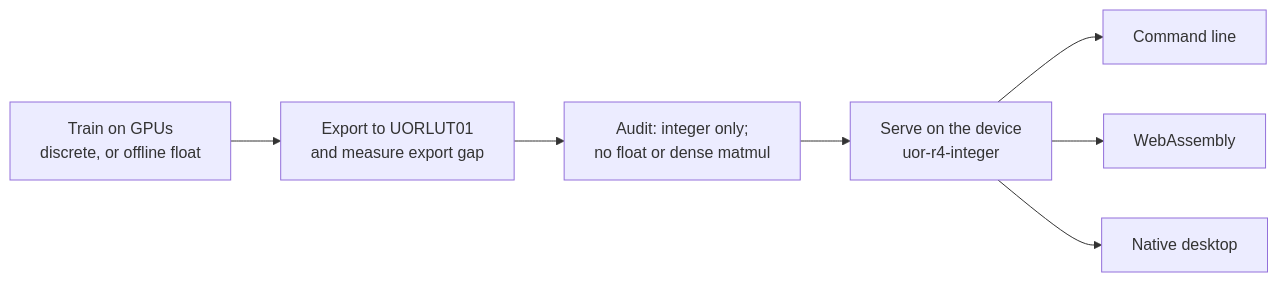
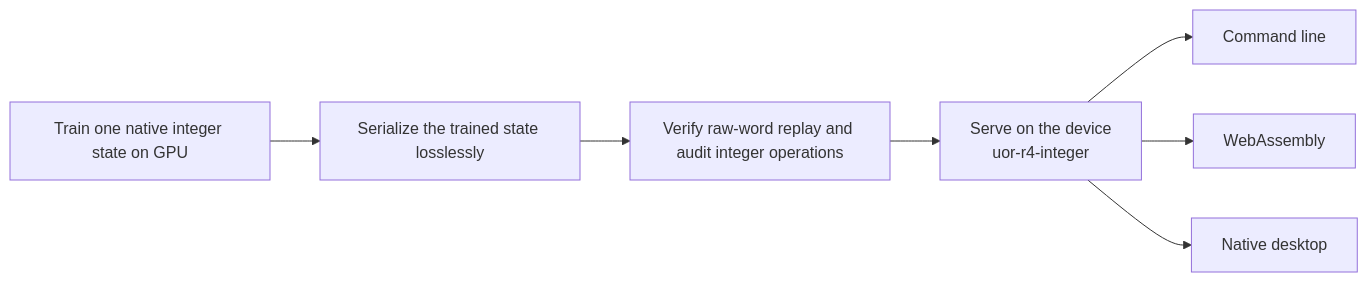
One commit to Casey-allard/uor-r4 changed the diagram in docs/products/language-model.md. Above: the diagram before and after it, drawn with Mermaid. The commit also changed other lines of this file and 78 other files, not shown here.

First line of the commit message:
[codex] Refresh the open research guide, book and roadmap tracker (#4060)

````diff
--- a/docs/products/language-model.md
+++ b/docs/products/language-model.md
@@ -14,9 +14,9 @@
 ```mermaid
 flowchart LR
-  T["Train on GPUs<br/>discrete, or offline float"] --> X["Export to UORLUT01<br/>and measure export gap"]
-  X --> A["Audit: integer only;<br/>no float or dense matmul"]
+  T["Train one native integer state on GPU"] --> X["Serialize the trained state losslessly"]
+  X --> A["Verify raw-word replay and audit integer operations"]
   A --> S["Serve on the device<br/>uor-r4-integer"]
   S --> C1["Command line"]
   S --> C2["WebAssembly"]
   S --> C3["Native desktop"]
 ```
````
